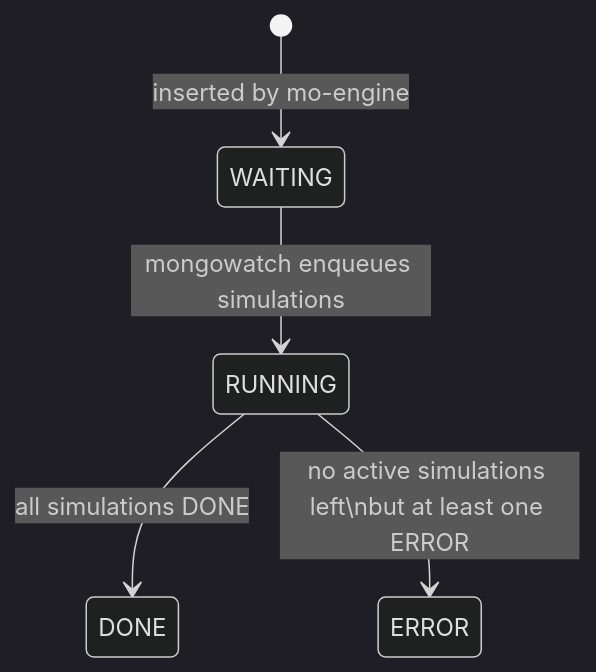
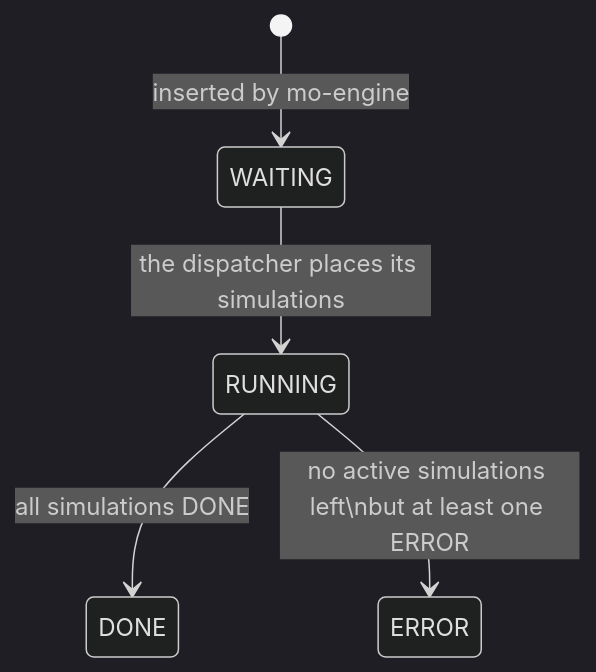
Before and after one commit to JunioCesarFerreira/simlab: the second of 2 diagrams in master-node/README.md, drawn with Mermaid (dark theme). The commit also changed other lines of this file and 36 other files, not shown here.

````diff
--- a/master-node/README.md
+++ b/master-node/README.md
@@ -163,7 +223,7 @@
 ```mermaid
 stateDiagram-v2
     [*] --> WAITING : inserted by mo-engine
-    WAITING --> RUNNING : mongowatch enqueues simulations
+    WAITING --> RUNNING : the dispatcher places its simulations
     RUNNING --> DONE : all simulations DONE
     RUNNING --> ERROR : no active simulations left\nbut at least one ERROR
 ```
````
